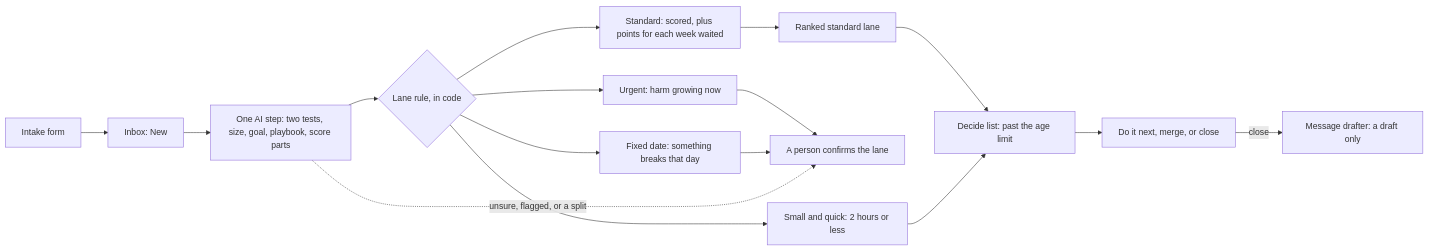
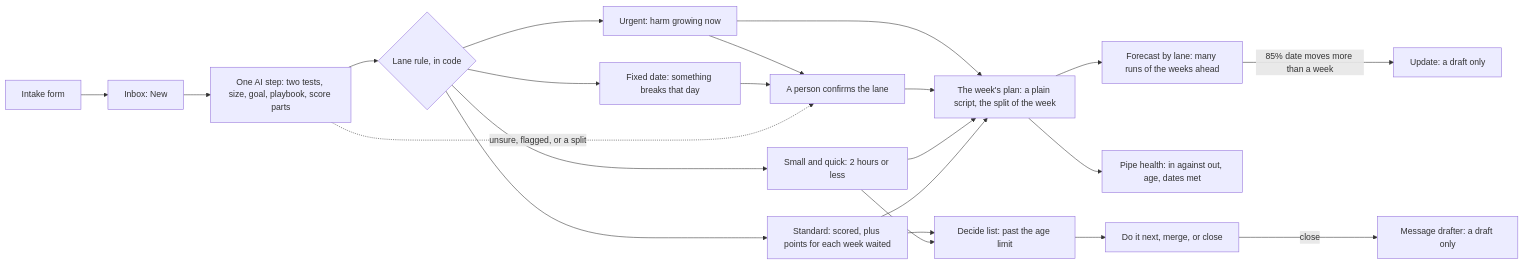
Before and after one commit to IsraelStratton/change-desk-pipeline: the diagram in README.md, drawn with Mermaid. The commit also changed other lines of this file and 36 other files, not shown here.

````diff
--- a/README.md
+++ b/README.md
@@ -13,18 +13,24 @@
 ```mermaid
 flowchart LR
   F["Intake form"] --> I["Inbox: New"]
   I --> T["One AI step: two tests, size, goal, playbook, score parts"]
   T --> R{"Lane rule, in code"}
   R --> U["Urgent: harm growing now"]
   R --> D["Fixed date: something breaks that day"]
   R --> S["Small and quick: 2 hours or less"]
   R --> ST["Standard: scored, plus points for each week waited"]
   U --> P["A person confirms the lane"]
   D --> P
   T -. "unsure, flagged, or a split" .-> P
-  ST --> K["Ranked standard lane"]
-  K --> L["Decide list: past the age limit"]
+  U --> W["The week's plan: a plain script, the split of the week"]
+  P --> W
+  S --> W
+  ST --> W
+  W --> FC["Forecast by lane: many runs of the weeks ahead"]
+  W --> H["Pipe health: in against out, age, dates met"]
+  ST --> L["Decide list: past the age limit"]
   S --> L
   L --> X["Do it next, merge, or close"]
   X -- close --> M["Message drafter: a draft only"]
+  FC -- "85% date moves more than a week" --> UP["Update: a draft only"]
 ```
````
